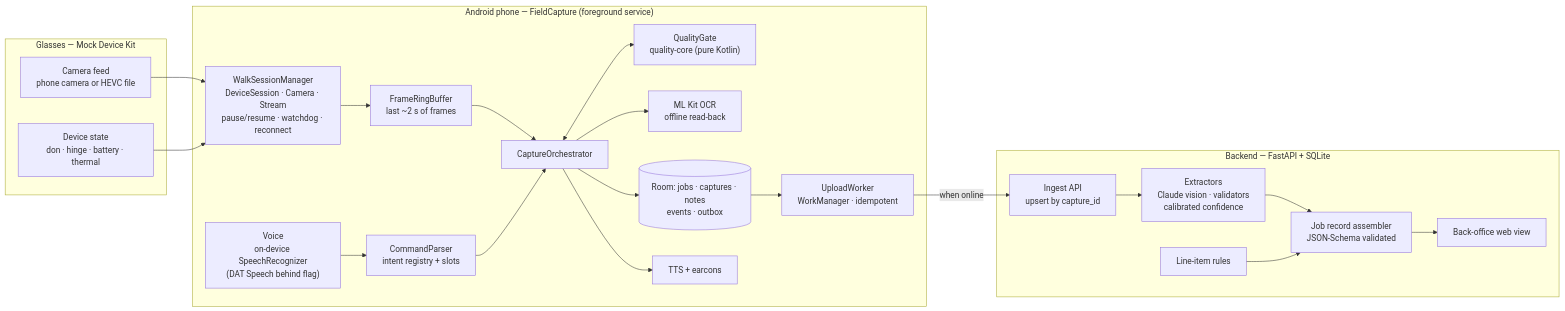
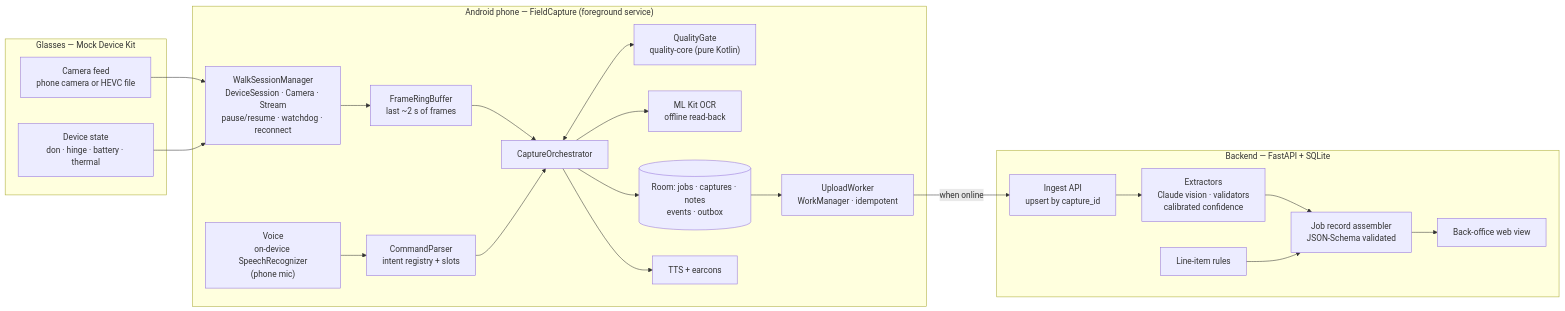
One commit to suraj2022s/FieldCapture changed the diagram in docs/PLAN.md. Above: the diagram before and after it, drawn with Mermaid. The commit also changed other lines of this file and 12 other files, not shown here.

````diff
--- a/docs/PLAN.md
+++ b/docs/PLAN.md
@@ -54,34 +54,34 @@
 ```mermaid
 flowchart LR
   subgraph G["Glasses — Mock Device Kit"]
     CAM["Camera feed<br/>phone camera or HEVC file"]
     DST["Device state<br/>don · hinge · battery · thermal"]
   end
   subgraph P["Android phone — FieldCapture (foreground service)"]
     SES["WalkSessionManager<br/>DeviceSession · Camera · Stream<br/>pause/resume · watchdog · reconnect"]
     RB["FrameRingBuffer<br/>last ~2 s of frames"]
-    VOI["Voice<br/>on-device SpeechRecognizer<br/>(DAT Speech behind flag)"]
+    VOI["Voice<br/>on-device SpeechRecognizer<br/>(phone mic)"]
     CMD["CommandParser<br/>intent registry + slots"]
     ORC["CaptureOrchestrator"]
     QC["QualityGate<br/>quality-core (pure Kotlin)"]
     OCR["ML Kit OCR<br/>offline read-back"]
     DB[("Room: jobs · captures · notes<br/>events · outbox")]
     UP["UploadWorker<br/>WorkManager · idempotent"]
     FB["TTS + earcons"]
   end
   subgraph B["Backend — FastAPI + SQLite"]
     ING["Ingest API<br/>upsert by capture_id"]
     EXT["Extractors<br/>Claude vision · validators<br/>calibrated confidence"]
     LI["Line-item rules"]
     JR["Job record assembler<br/>JSON-Schema validated"]
     BO["Back-office web view"]
   end
   CAM --> SES --> RB --> ORC
   DST --> SES
   VOI --> CMD --> ORC
   ORC <--> QC
   ORC --> OCR
   ORC --> DB --> UP -->|when online| ING --> EXT --> JR --> BO
   LI --> JR
   ORC --> FB
 ```
````
